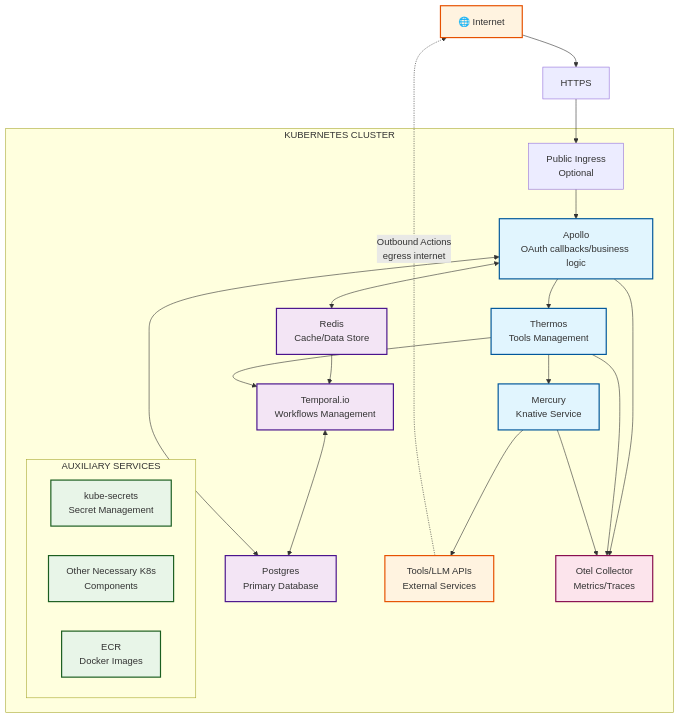
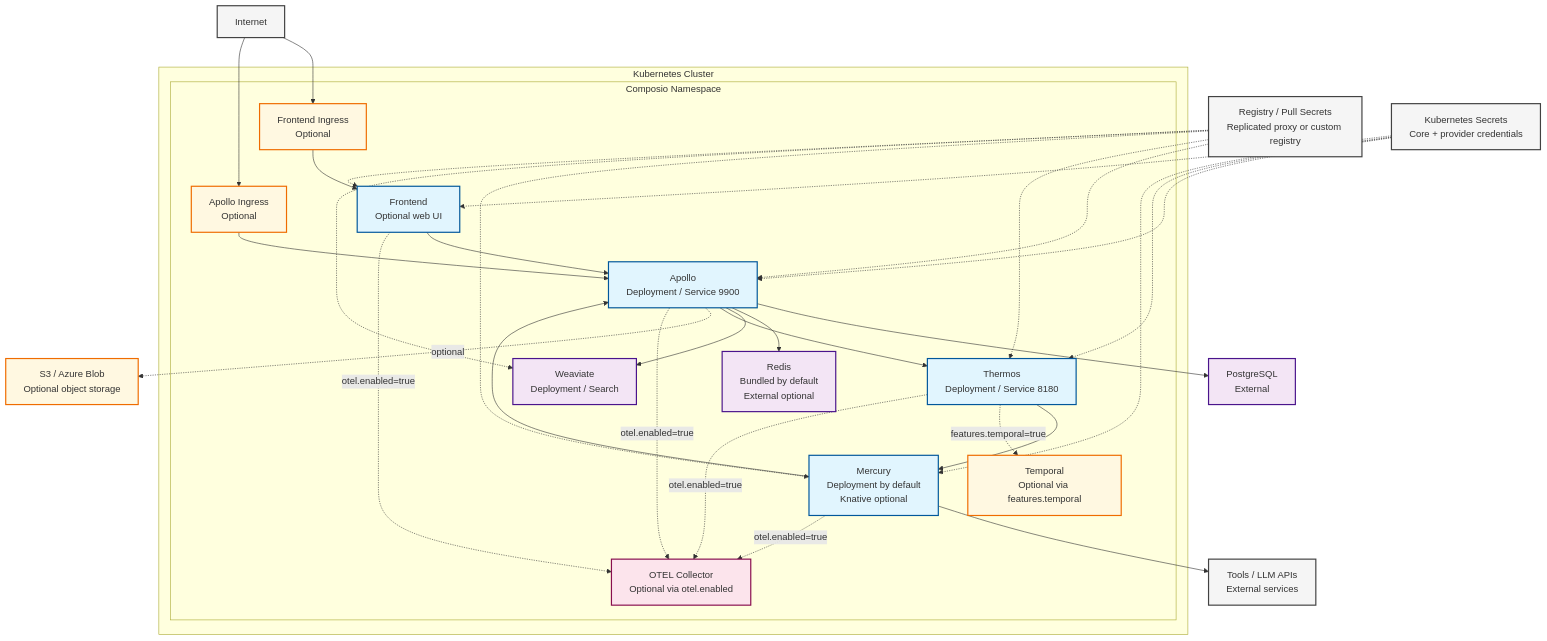
One commit to ComposioHQ/helm-charts changed the diagram in docs/architecture-diagram.md. Above: the diagram before and after it, drawn with Mermaid. The commit also changed other lines of this file and 3 other files, not shown here.

````diff
--- a/docs/architecture-diagram.md
+++ b/docs/architecture-diagram.md
@@ -7,45 +7,71 @@
 ```mermaid
 graph TB
-    Internet[🌐 Internet] --> HTTPS[HTTPS]
-    HTTPS --> PublicIngress[Public Ingress<br/>Optional]
-    
-    subgraph "KUBERNETES CLUSTER"
-        PublicIngress --> Apollo[Apollo<br/>OAuth callbacks/business logic]
-        
-        Apollo <--> Redis[Redis<br/>Cache/Data Store]
-        Apollo --> Thermos[Thermos<br/>Tools Management]
-        
-        Redis --> Temporal[Temporal.io<br/>Workflows Management]
-        Thermos --> Temporal
-        Thermos --> Mercury[Mercury<br/>Knative Service]
-        
-        Temporal <--> Postgres[Postgres<br/>Primary Database]
-        Apollo <--> Postgres
-        
-        Mercury --> ToolsAPIs[Tools/LLM APIs<br/>External Services]
-        
-        subgraph "AUXILIARY SERVICES"
-            KubeSecrets[kube-secrets<br/>Secret Management]
-            OtherK8s[Other Necessary K8s<br/>Components]
-            ECR[ECR<br/>Docker Images]
+    Internet["Internet"]
+
+    subgraph "Kubernetes Cluster"
+        subgraph "Composio Namespace"
+            FrontendIngress["Frontend Ingress<br/>Optional"]
+            ApolloIngress["Apollo Ingress<br/>Optional"]
+            Frontend["Frontend<br/>Optional web UI"]
+
+            Apollo["Apollo<br/>Deployment / Service 9900"]
+            Thermos["Thermos<br/>Deployment / Service 8180"]
+            Mercury["Mercury<br/>Deployment by default<br/>Knative optional"]
+            Redis["Redis<br/>Bundled by default<br/>External optional"]
+            Weaviate["Weaviate<br/>Deployment / Search"]
+            Temporal["Temporal<br/>Optional via features.temporal"]
+            OtelCollector["OTEL Collector<br/>Optional via otel.enabled"]
         end
-        
-        Apollo --> OtelCollector[Otel Collector<br/>Metrics/Traces]
-        Thermos --> OtelCollector
-        Mercury --> OtelCollector
     end
-    
-    ToolsAPIs -.->|Outbound Actions<br/>egress internet| Internet
-    
-    classDef coreService fill:#e1f5fe,stroke:#01579b,stroke-width:2px
-    classDef database fill:#f3e5f5,stroke:#4a148c,stroke-width:2px
-    classDef external fill:#fff3e0,stroke:#e65100,stroke-width:2px
-    classDef auxiliary fill:#e8f5e8,stroke:#1b5e20,stroke-width:2px
-    classDef monitoring fill:#fce4ec,stroke:#880e4f,stroke-width:2px
-    
-    class Apollo,Thermos,Mercury coreService
-    class Redis,Postgres,Temporal database
-    class Internet,ToolsAPIs external
-    class KubeSecrets,OtherK8s,ECR auxiliary
-    class OtelCollector monitoring
+
+    Postgres["PostgreSQL<br/>External"]
+    ObjectStorage["S3 / Azure Blob<br/>Optional object storage"]
+    ToolsAPIs["Tools / LLM APIs<br/>External services"]
+    Registry["Registry / Pull Secrets<br/>Replicated proxy or custom registry"]
+    Secrets["Kubernetes Secrets<br/>Core + provider credentials"]
+
+    Internet --> FrontendIngress
+    Internet --> ApolloIngress
+    FrontendIngress --> Frontend
+    Frontend --> Apollo
+    ApolloIngress --> Apollo
+
+    Apollo --> Postgres
+    Apollo --> Redis
+    Apollo --> Weaviate
+    Apollo --> Thermos
+    Apollo -. optional .-> ObjectStorage
+
+    Thermos --> Mercury
+    Thermos -. "features.temporal=true" .-> Temporal
+
+    Mercury --> Apollo
+    Mercury --> ToolsAPIs
+
+    Apollo -. "otel.enabled=true" .-> OtelCollector
+    Thermos -. "otel.enabled=true" .-> OtelCollector
+    Mercury -. "otel.enabled=true" .-> OtelCollector
+    Frontend -. "otel.enabled=true" .-> OtelCollector
+
+    Secrets -.-> Apollo
+    Secrets -.-> Thermos
+    Secrets -.-> Mercury
+    Secrets -.-> Frontend
+    Registry -.-> Apollo
+    Registry -.-> Thermos
+    Registry -.-> Mercury
+    Registry -.-> Weaviate
+    Registry -.-> Frontend
+
+    classDef app fill:#e1f5fe,stroke:#01579b,stroke-width:2px
+    classDef data fill:#f3e5f5,stroke:#4a148c,stroke-width:2px
+    classDef optional fill:#fff8e1,stroke:#ef6c00,stroke-width:2px
+    classDef external fill:#f5f5f5,stroke:#424242,stroke-width:2px
+    classDef observability fill:#fce4ec,stroke:#880e4f,stroke-width:2px
+
+    class Apollo,Thermos,Mercury,Frontend app
+    class Redis,Weaviate,Postgres data
+    class Temporal,ObjectStorage,FrontendIngress,ApolloIngress optional
+    class Internet,ToolsAPIs,Registry,Secrets external
+    class OtelCollector observability
 ```
````
